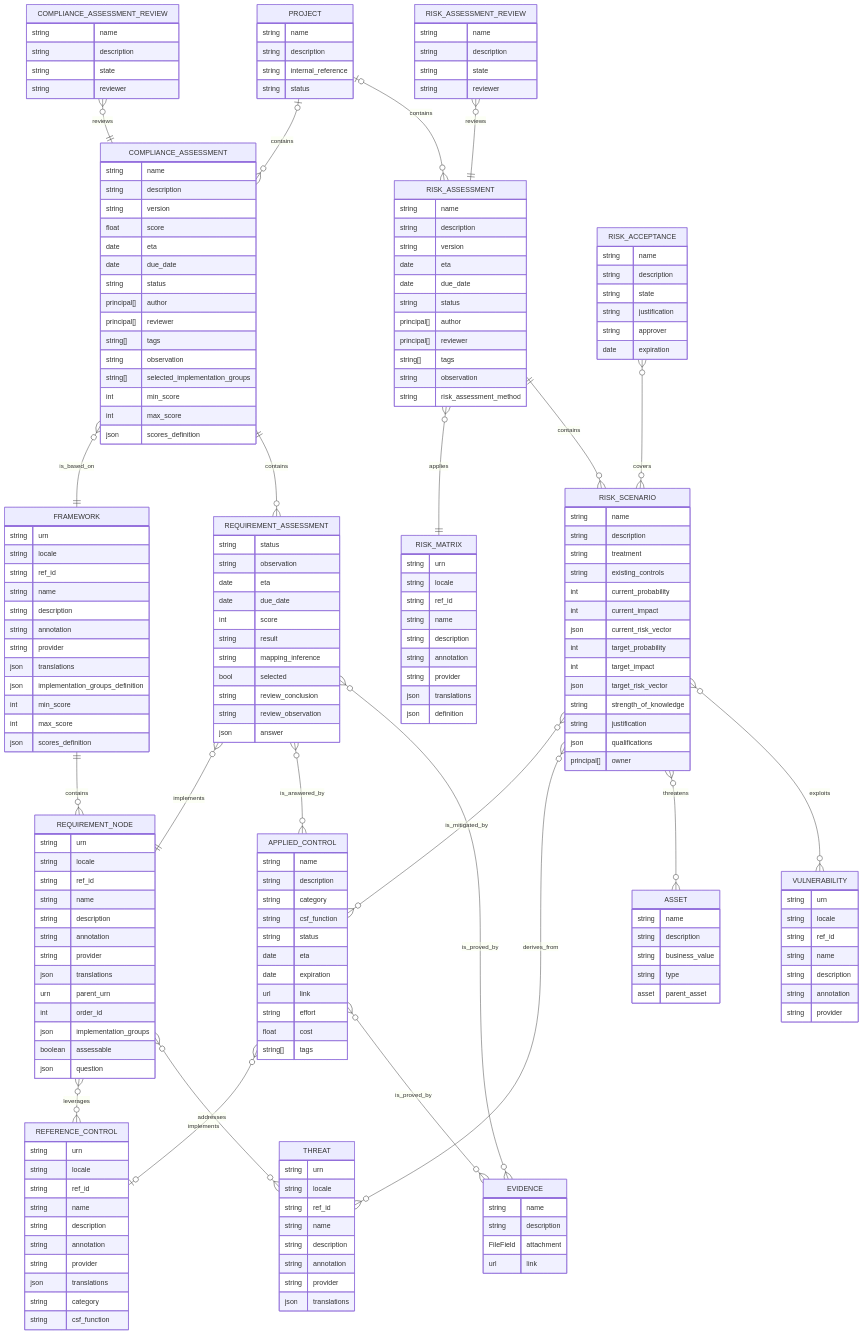
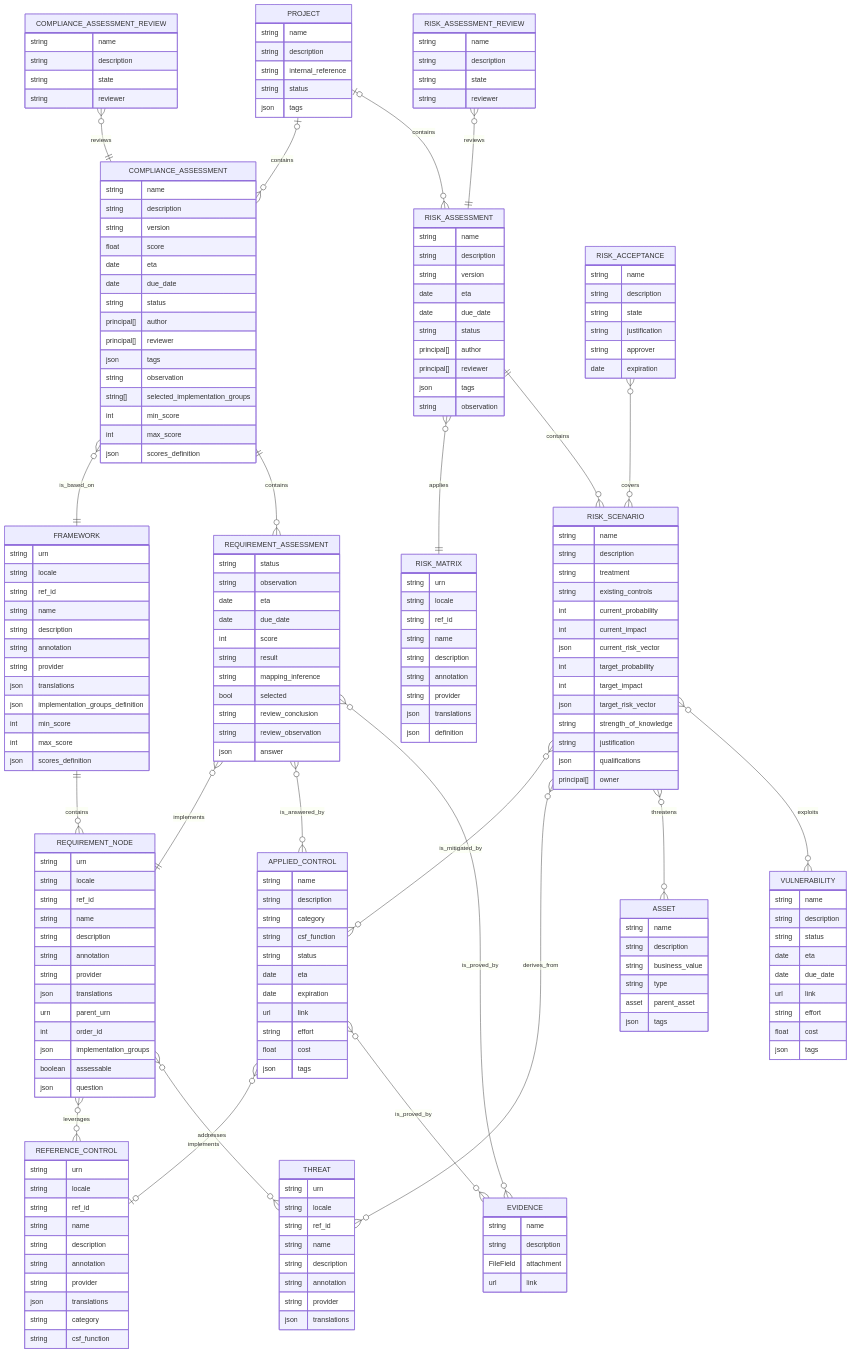
One commit to intuitem/ciso-assistant-community changed the fourth of 10 diagrams in documentation/architecture/data-model.md. Above: the diagram before and after it, drawn with Mermaid. The commit also changed other lines of this file, not shown here.

```diff
--- a/documentation/architecture/data-model.md
+++ b/documentation/architecture/data-model.md
@@ -115,6 +115,7 @@
         string description
         string internal_reference
         string status
+        json   tags
     }
 
     FRAMEWORK {
@@ -144,13 +145,13 @@
         string      status
         principal[] author
         principal[] reviewer
-        string[]    tags
+        json        tags
         string      observation
 
         string[]    selected_implementation_groups
-        int     min_score
-        int     max_score
-        json    scores_definition
+        int         min_score
+        int         max_score
+        json        scores_definition
     }
 
     RISK_ASSESSMENT {
@@ -163,10 +164,8 @@
         string      status
         principal[] author
         principal[] reviewer
-        string[]    tags
+        json        tags
         string      observation
-
-        string      risk_assessment_method
     }
 
     THREAT {
@@ -178,16 +177,6 @@
         string  annotation
         string  provider
         json    translations
-    }
-
-    VULNERABILITY {
-        string  urn
-        string  locale
-        string  ref_id
-        string  name
-        string  description
-        string  annotation
-        string  provider
     }
 
     REQUIREMENT_NODE {
@@ -233,8 +222,21 @@
         url      link
         string   effort
         float    cost
-        string[] tags
+        json     tags
     }
+
+    VULNERABILITY {
+        string  name
+        string  description
+        string  status
+        date    eta
+        date    due_date
+        url     link
+        string  effort
+        float   cost
+        json    tags
+    }
+
 
     REQUIREMENT_ASSESSMENT {
         string status
@@ -278,6 +280,7 @@
         string business_value
         string type
         asset  parent_asset
+        json   tags
     }
 
     RISK_SCENARIO {
```
